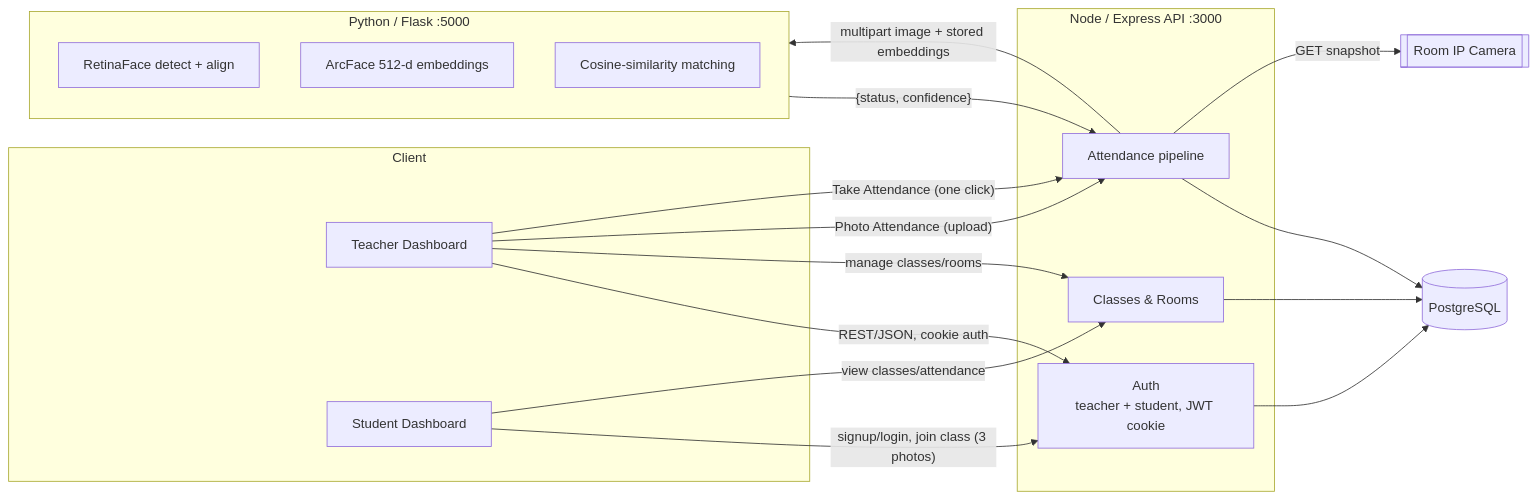
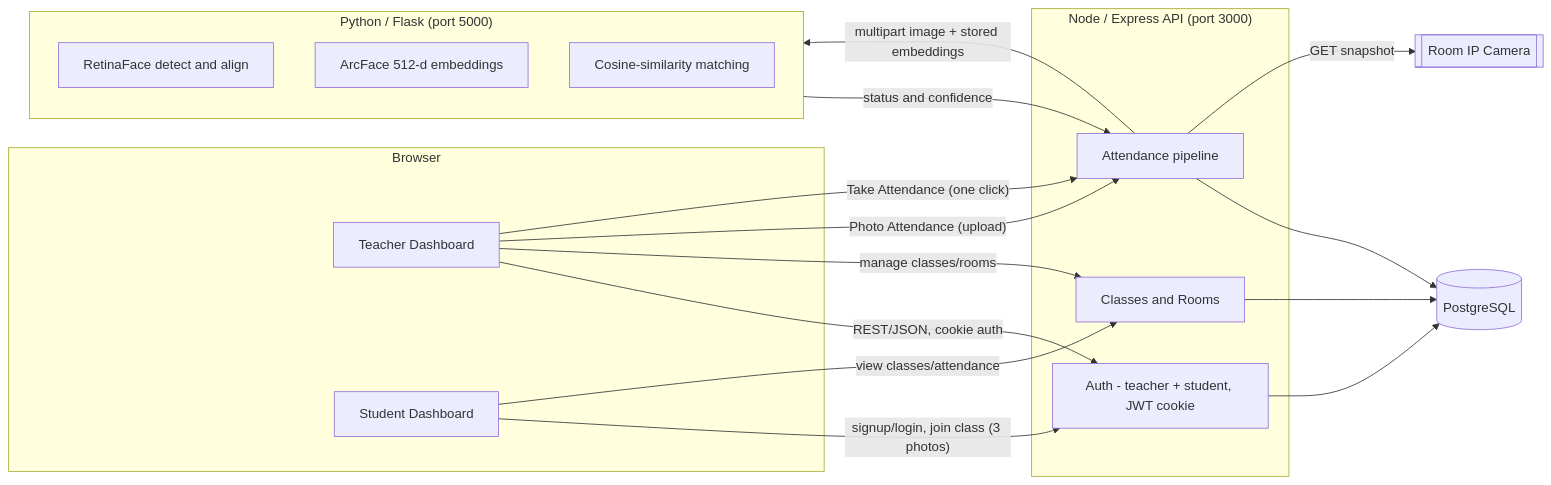
One commit to radhechaudhary/Attendance.Ai changed the first of 2 diagrams in README.md. Above: the diagram before and after it, drawn with Mermaid.

````diff
--- a/README.md
+++ b/README.md
@@ -47,36 +47,36 @@
 ```mermaid
 flowchart LR
-    subgraph Client
-        TFE[Teacher Dashboard]
-        SFE[Student Dashboard]
+    subgraph Client["Browser"]
+        TFE["Teacher Dashboard"]
+        SFE["Student Dashboard"]
     end
 
-    subgraph Backend [Node / Express API :3000]
-        AUTH[Auth\nteacher + student, JWT cookie]
-        CLASS[Classes & Rooms]
-        ATT[Attendance pipeline]
+    subgraph Backend["Node / Express API (port 3000)"]
+        AUTH["Auth - teacher + student, JWT cookie"]
+        CLASS["Classes and Rooms"]
+        ATT["Attendance pipeline"]
     end
 
-    subgraph ModelSvc [Python / Flask :5000]
-        DET[RetinaFace detect + align]
-        ENC[ArcFace 512-d embeddings]
-        MATCH[Cosine-similarity matching]
+    subgraph ModelSvc["Python / Flask (port 5000)"]
+        DET["RetinaFace detect and align"]
+        ENC["ArcFace 512-d embeddings"]
+        MATCH["Cosine-similarity matching"]
     end
 
-    DB[(PostgreSQL)]
-    CAM[[Room IP Camera]]
+    DB[("PostgreSQL")]
+    CAM[["Room IP Camera"]]
 
-    TFE -- REST/JSON, cookie auth --> AUTH
-    TFE -- manage classes/rooms --> CLASS
-    TFE -- "Photo Attendance" (upload) --> ATT
-    TFE -- "Take Attendance" (one click) --> ATT
-    SFE -- signup/login, join class (3 photos) --> AUTH
-    SFE -- view classes/attendance --> CLASS
+    TFE -- "REST/JSON, cookie auth" --> AUTH
+    TFE -- "manage classes/rooms" --> CLASS
+    TFE -- "Photo Attendance (upload)" --> ATT
+    TFE -- "Take Attendance (one click)" --> ATT
+    SFE -- "signup/login, join class (3 photos)" --> AUTH
+    SFE -- "view classes/attendance" --> CLASS
 
     AUTH --> DB
     CLASS --> DB
     ATT --> DB
-    ATT -- multipart image + stored embeddings --> ModelSvc
+    ATT -- "multipart image + stored embeddings" --> ModelSvc
     ATT -- "GET snapshot" --> CAM
-    ModelSvc -- "{status, confidence}" --> ATT
+    ModelSvc -- "status and confidence" --> ATT
 ```
````
